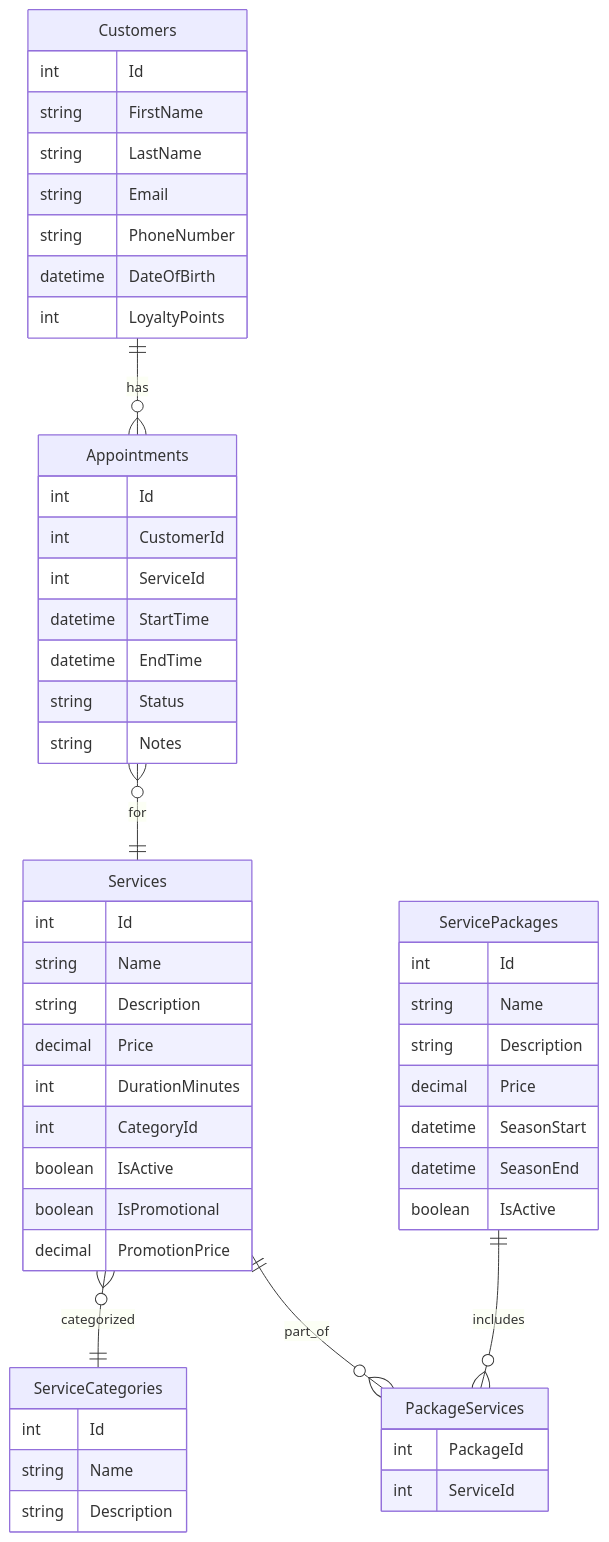
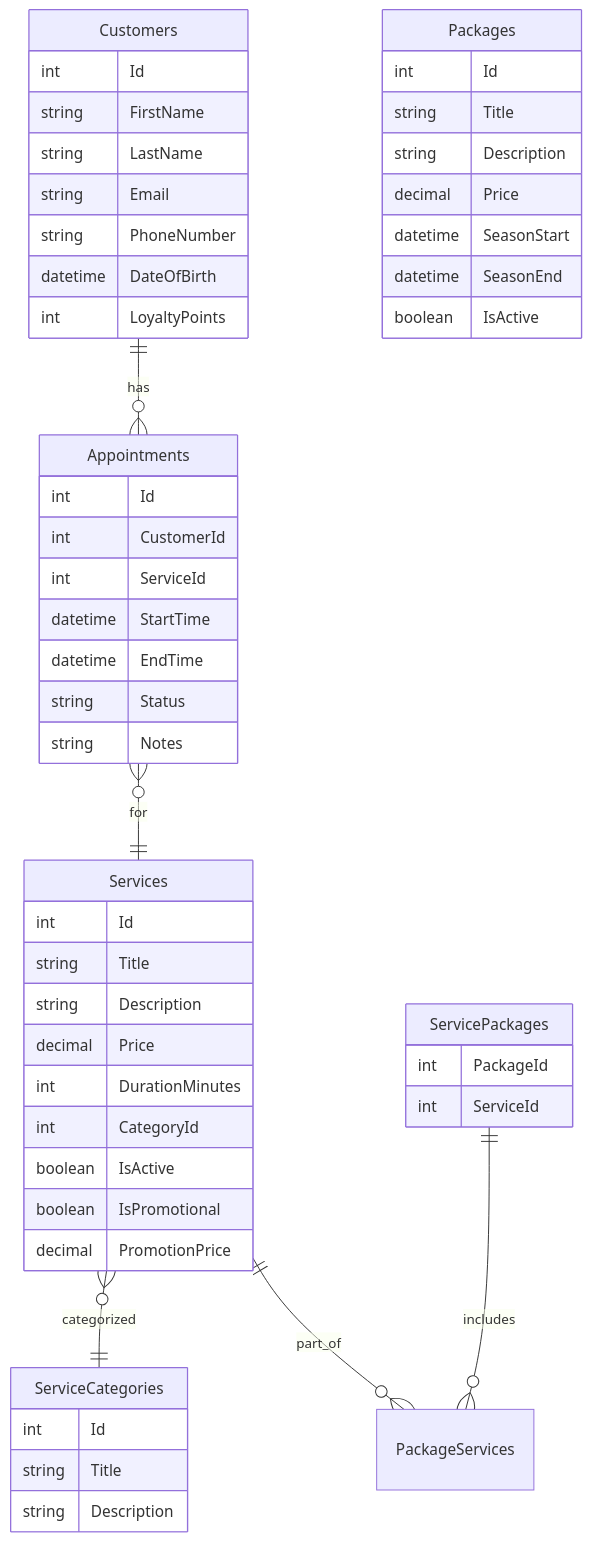
The diagram in database/README.md (Judas1987/uno-coea-beauty-mgmt), drawn with Mermaid before and after one commit. The commit also changed 3 other files, not shown here.

````diff
--- a/database/README.md
+++ b/database/README.md
@@ -5,62 +5,62 @@
 ```mermaid
 erDiagram
 
 Customers {
     int Id
     string FirstName
     string LastName
     string Email
     string PhoneNumber
     datetime DateOfBirth
     int LoyaltyPoints
 }
 
 Appointments {
     int Id
     int CustomerId
     int ServiceId
     datetime StartTime
     datetime EndTime
     string Status
     string Notes
 }
 
 Services {
     int Id
-    string Name
+    string Title
     string Description
     decimal Price
     int DurationMinutes
     int CategoryId
     boolean IsActive
     boolean IsPromotional
     decimal PromotionPrice
 }
 
 ServiceCategories {
     int Id
-    string Name
+    string Title
     string Description
 }
 
-ServicePackages {
+Packages {
     int Id
-    string Name
+    string Title
     string Description
     decimal Price
     datetime SeasonStart
     datetime SeasonEnd
     boolean IsActive
 }
 
-PackageServices {
+ServicePackages {
     int PackageId
     int ServiceId
 }
 
 Customers ||--o{ Appointments : has
 Appointments }o--|| Services : for
 Services }o--|| ServiceCategories : categorized
 ServicePackages ||--o{ PackageServices : includes
 Services ||--o{ PackageServices : part_of
 ```
````
